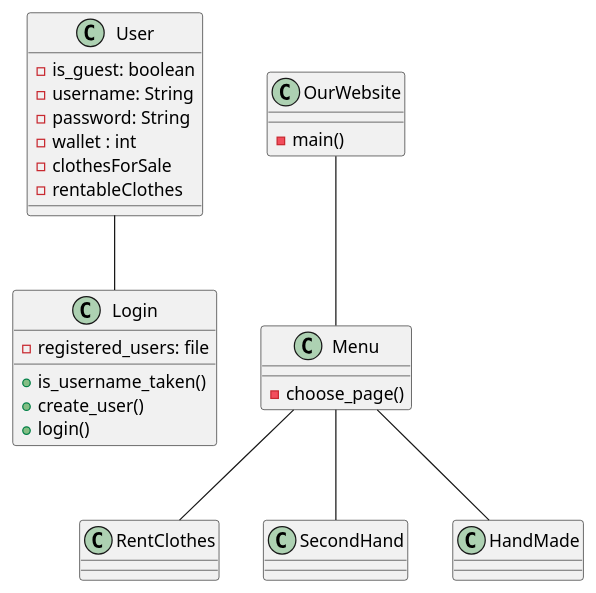
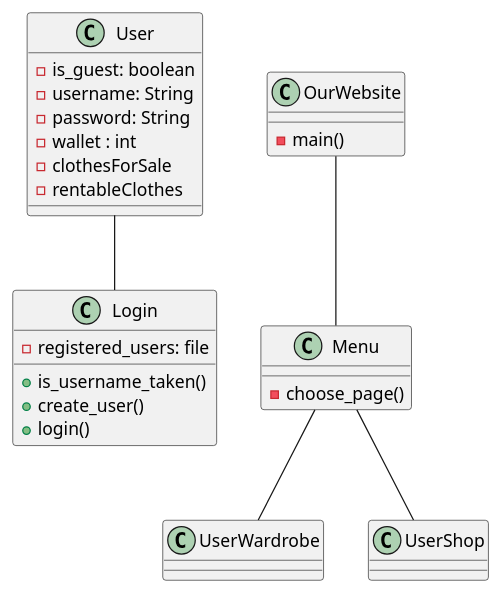
The diagram in src/main/resources/Domain.puml (Esben10/ICE24), drawn with PlantUML before and after one commit. The commit also changed 12 other files, not shown here.

```diff
--- a/src/main/resources/Domain.puml
+++ b/src/main/resources/Domain.puml
@@ -1,40 +1,39 @@
 @startuml
 class User {
     - is_guest: boolean
     - username: String
     - password: String
     - wallet : int
     - clothesForSale
     - rentableClothes
 
 }
 
 class Login {
     - registered_users: file
     + is_username_taken()
     + create_user()
     + login()
 
 }
 class Menu{
     - choose_page()
 
 }
 
 class OurWebsite{
     -main()
 }
 
-class RentClothes{
+class UserWardrobe{
 }
 
-class SecondHand{
-}
+
 
 
 User " " -- " " Login
 OurWebsite " " -- " " Menu
-Menu " " -- " " RentClothes
-Menu " " -- " " SecondHand
-Menu " " -- " " HandMade
+Menu " " -- " " UserShop
+Menu " " -- " " UserWardrobe
+
 @enduml
```
